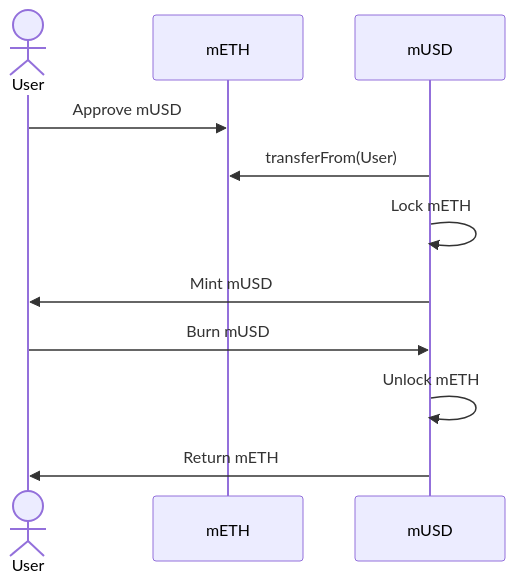
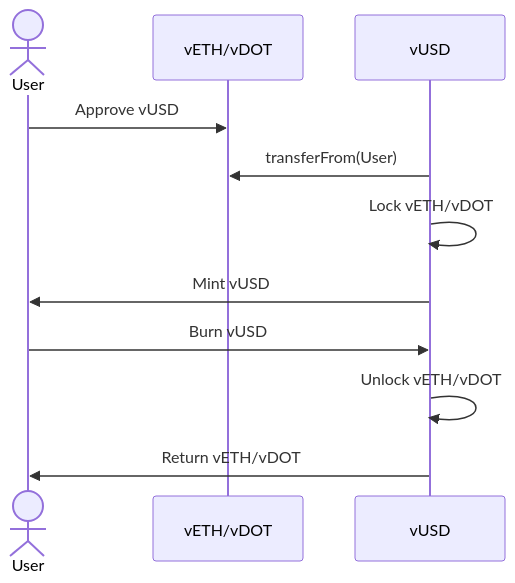
Before and after one commit to yehia67/vUSD: the diagram in README.md, drawn with Mermaid. The commit also changed other lines of this file, not shown here.

Commit message:
Address comments

````diff
--- a/README.md
+++ b/README.md
@@ -7,15 +7,15 @@
 ```mermaid
 sequenceDiagram
     actor User
-    participant mETH
-    participant mUSD
+    participant vETH/vDOT
+    participant vUSD
 
-    User->>mETH: Approve mUSD
-    mUSD->>mETH: transferFrom(User)
-    mUSD->>mUSD: Lock mETH
-    mUSD->>User: Mint mUSD
+    User->>vETH/vDOT: Approve vUSD
+    vUSD->>vETH/vDOT: transferFrom(User)
+    vUSD->>vUSD: Lock vETH/vDOT
+    vUSD->>User: Mint vUSD
 
-    User->>mUSD: Burn mUSD
-    mUSD->>mUSD: Unlock mETH
-    mUSD->>User: Return mETH
+    User->>vUSD: Burn vUSD
+    vUSD->>vUSD: Unlock vETH/vDOT
+    vUSD->>User: Return vETH/vDOT
 ```
````
